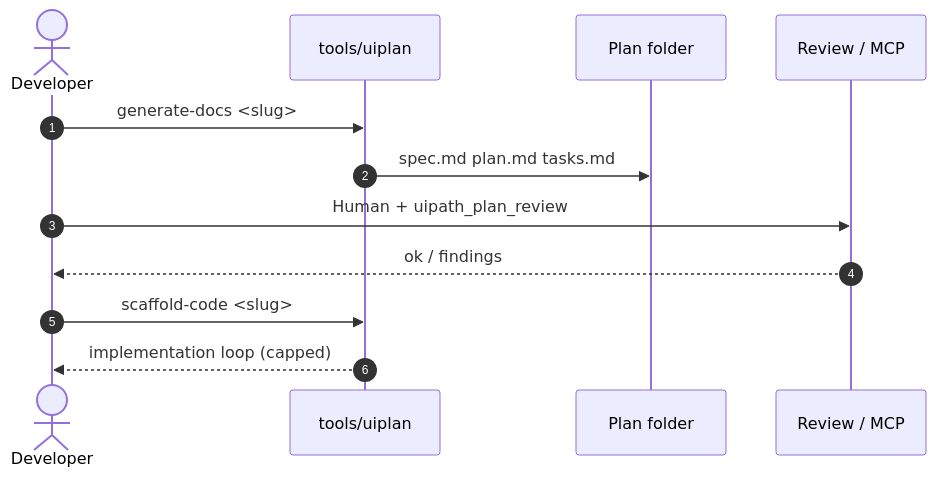
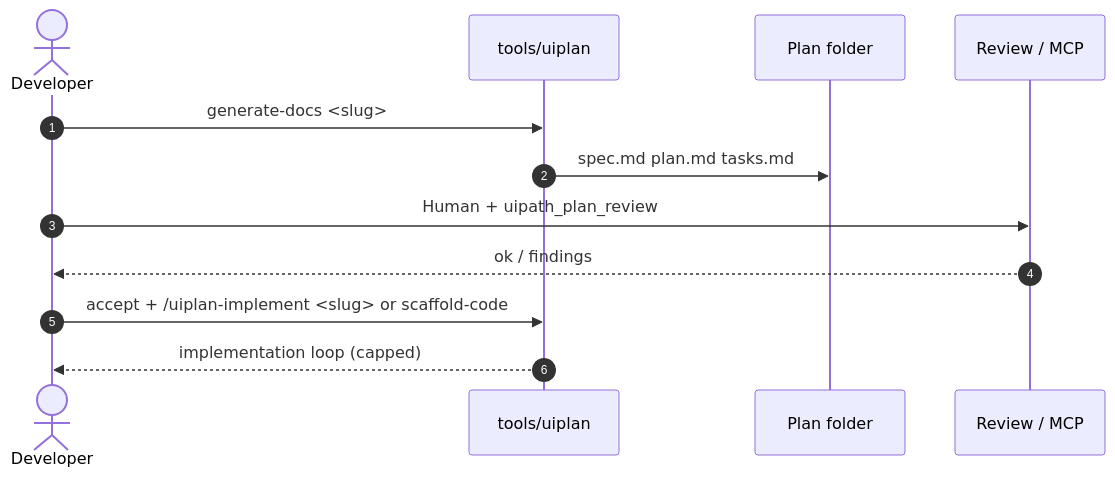
One commit to DanielaRosenn/uiplan-agent-of-agents changed the third of 3 diagrams in docs/uiplan/README.md. Above: the diagram before and after it, drawn with Mermaid. The commit also changed other lines of this file and 35 other files, not shown here.

````diff
--- a/docs/uiplan/README.md
+++ b/docs/uiplan/README.md
@@ -78,14 +85,14 @@
 ```mermaid
 sequenceDiagram
   autonumber
   actor Dev as Developer
   participant CLI as tools/uiplan
   participant FS as Plan folder
   participant Rev as Review / MCP
   Dev->>CLI: generate-docs <slug>
   CLI->>FS: spec.md plan.md tasks.md
   Dev->>Rev: Human + uipath_plan_review
   Rev-->>Dev: ok / findings
-  Dev->>CLI: scaffold-code <slug>
+  Dev->>CLI: accept + /uiplan-implement <slug> or scaffold-code
   CLI-->>Dev: implementation loop (capped)
 ```
````
